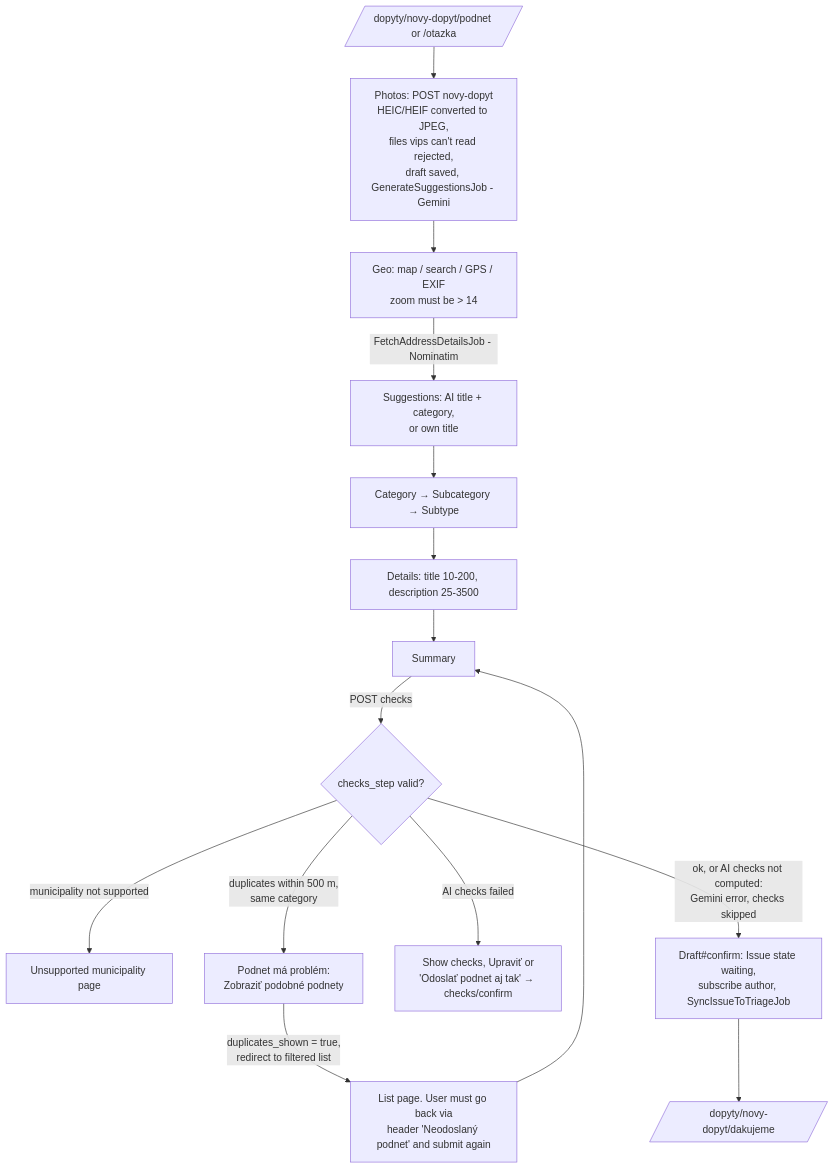
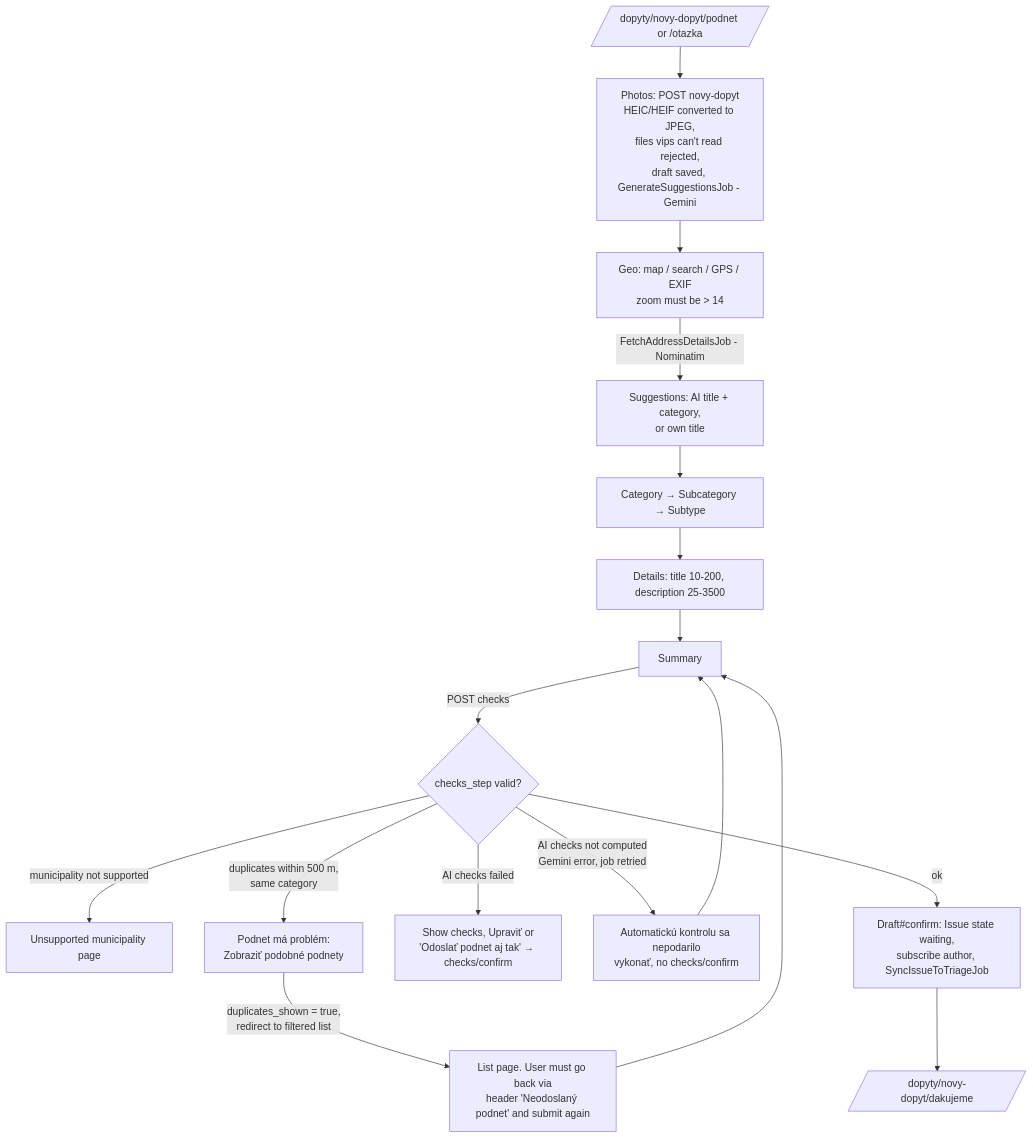
The first of 3 diagrams in docs/how-it-works/03-submission-and-triage.md (slovensko-digital/ops-portal), drawn with Mermaid before and after one commit. The commit also changed 3 other files, not shown here.

````diff
--- a/docs/how-it-works/03-submission-and-triage.md
+++ b/docs/how-it-works/03-submission-and-triage.md
@@ -9,17 +9,19 @@
 ```mermaid
 flowchart TD
   A[/dopyty/novy-dopyt/podnet or /otazka/] --> B[Photos: POST novy-dopyt<br/>HEIC/HEIF converted to JPEG,<br/>files vips can't read rejected,<br/>draft saved, GenerateSuggestionsJob - Gemini]
   B --> C[Geo: map / search / GPS / EXIF<br/>zoom must be > 14]
   C -->|FetchAddressDetailsJob - Nominatim| D[Suggestions: AI title + category,<br/>or own title]
   D --> E[Category → Subcategory → Subtype]
   E --> F[Details: title 10-200, description 25-3500]
   F --> G[Summary]
   G -->|POST checks| H{checks_step valid?}
   H -->|municipality not supported| H1[Unsupported municipality page]
   H -->|duplicates within 500 m,<br/>same category| H2[Podnet má problém:<br/>Zobraziť podobné podnety]
   H2 -->|duplicates_shown = true,<br/>redirect to filtered list| H3[List page. User must go back via<br/>header 'Neodoslaný podnet' and submit again]
   H3 --> G
   H -->|AI checks failed| H4[Show checks, Upraviť or<br/>'Odoslať podnet aj tak' → checks/confirm]
-  H -->|ok, or AI checks not computed:<br/>Gemini error, checks skipped| I[Draft#confirm: Issue state waiting,<br/>subscribe author, SyncIssueToTriageJob]
+  H -->|AI checks not computed<br/>Gemini error, job retried| H5[Automatickú kontrolu sa nepodarilo<br/>vykonať, no checks/confirm]
+  H5 --> G
+  H -->|ok| I[Draft#confirm: Issue state waiting,<br/>subscribe author, SyncIssueToTriageJob]
   I --> J[/dopyty/novy-dopyt/dakujeme/]
 ```
````
